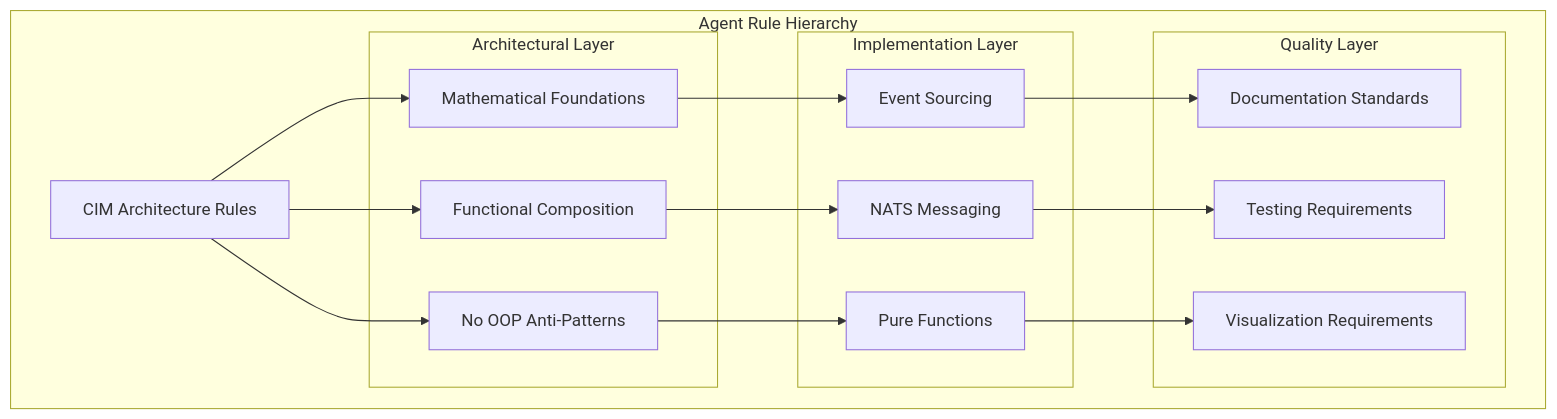
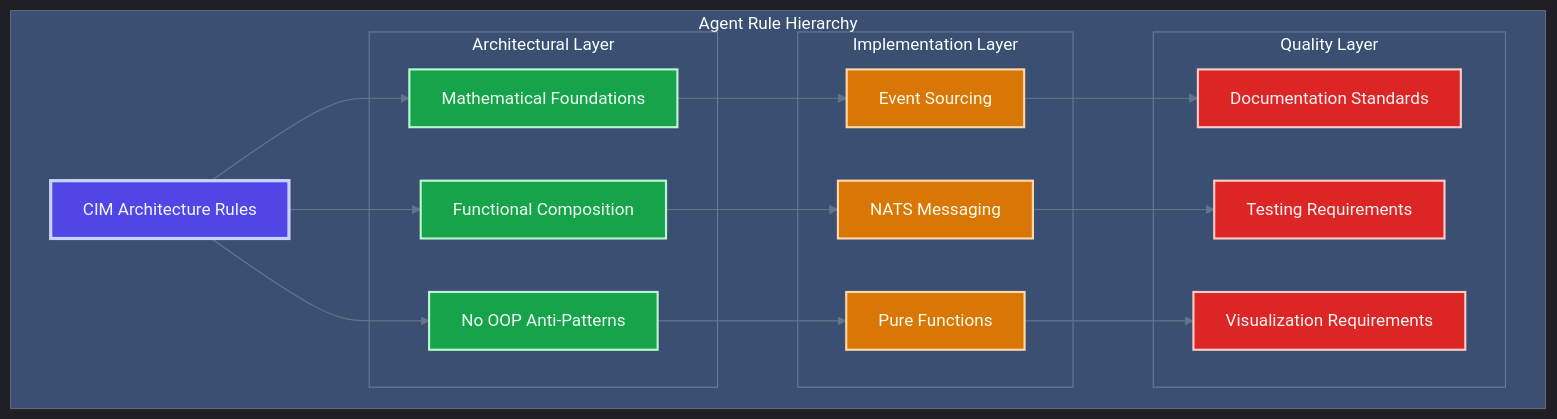
Before and after one commit to TheCowboyAI/cim-start: the third of 3 diagrams in .claude/agents/qa-expert.md, drawn with Mermaid. The commit also changed other lines of this file and 33 other files, not shown here.

````diff
--- a/.claude/agents/qa-expert.md
+++ b/.claude/agents/qa-expert.md
@@ -731,36 +776,47 @@
 ```mermaid
+%%{init: {"theme":"dark","themeVariables":{"primaryColor":"#4f46e5","primaryTextColor":"#f8fafc","primaryBorderColor":"#6366f1","lineColor":"#64748b","secondaryColor":"#1e293b","tertiaryColor":"#0f172a","background":"#0f172a","mainBkg":"#1e293b","secondBkg":"#334155","tertiaryBkg":"#475569"}}}%%
 graph TD
     subgraph "Agent Rule Hierarchy"
         ROOT[CIM Architecture Rules]
         
         subgraph "Architectural Layer"
             MATH[Mathematical Foundations]
             FUNC[Functional Composition]
             NOOP[No OOP Anti-Patterns]
         end
         
         subgraph "Implementation Layer"
             EVENT[Event Sourcing]
             NATS_MSG[NATS Messaging]
             PURE[Pure Functions]
         end
         
         subgraph "Quality Layer"
             DOC[Documentation Standards]
             TEST[Testing Requirements]
             VIS[Visualization Requirements]
         end
         
         ROOT --> MATH
         ROOT --> FUNC
         ROOT --> NOOP
         
         MATH --> EVENT
         FUNC --> NATS_MSG
         NOOP --> PURE
         
         EVENT --> DOC
         NATS_MSG --> TEST
         PURE --> VIS
     end
+    
+    classDef rootNode fill:#4f46e5,stroke:#c7d2fe,stroke-width:3px,color:#f1f5f9
+    classDef archNode fill:#16a34a,stroke:#bbf7d0,stroke-width:2px,color:#f0fdf4
+    classDef implNode fill:#d97706,stroke:#fed7aa,stroke-width:2px,color:#fffbeb
+    classDef qualityNode fill:#dc2626,stroke:#fecaca,stroke-width:2px,color:#fef2f2
+    
+    class ROOT rootNode
+    class MATH,FUNC,NOOP archNode
+    class EVENT,NATS_MSG,PURE implNode
+    class DOC,TEST,VIS qualityNode
 ```
````
